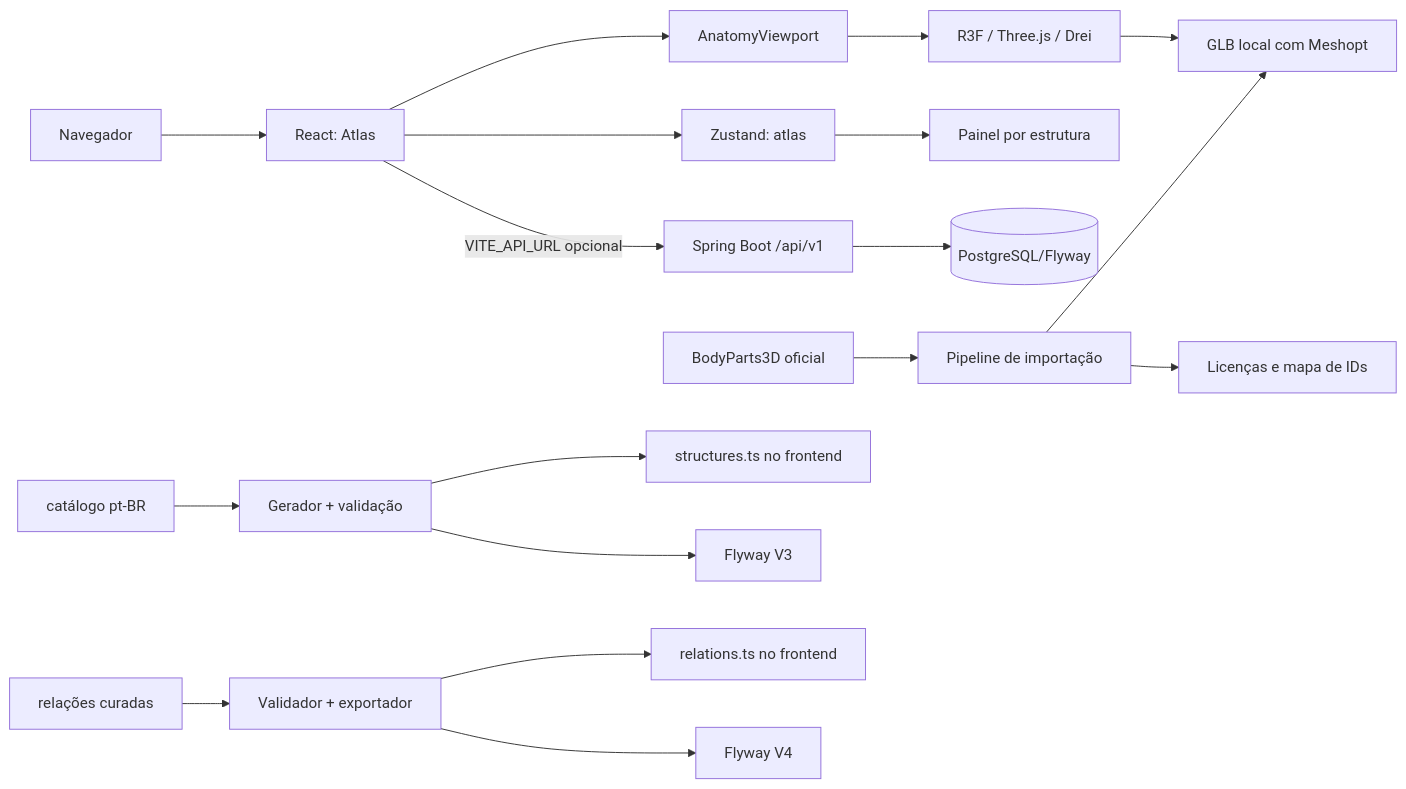
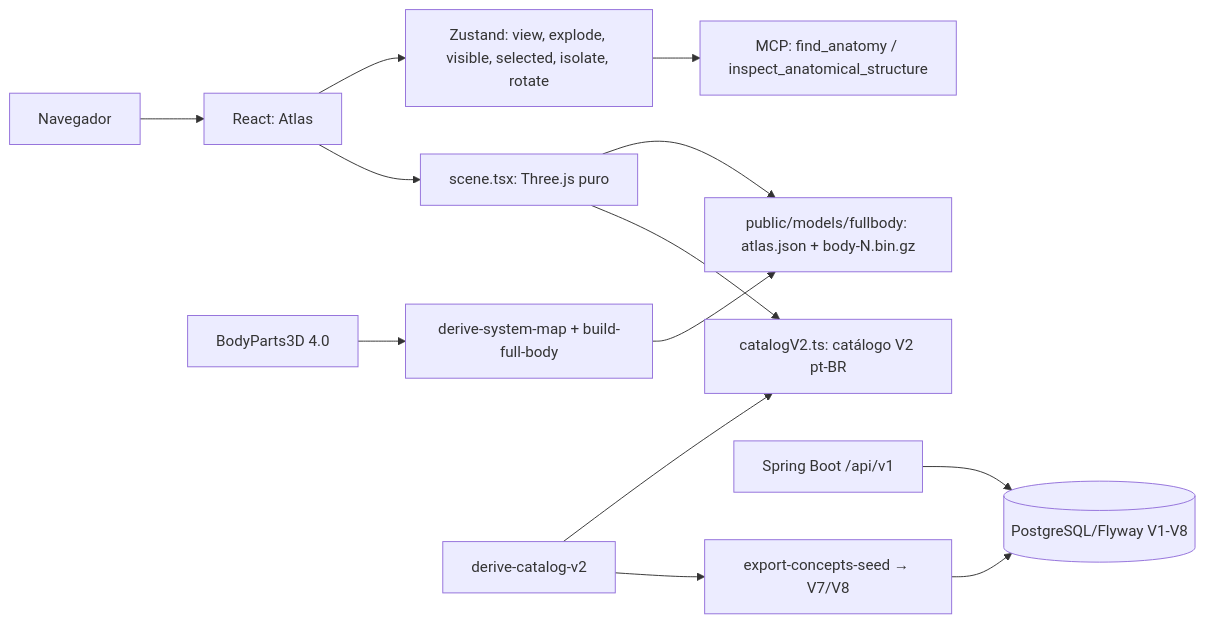
The first of 2 diagrams in README.md (dev-christianmendes/anatomia_humana_3d), drawn with Mermaid before and after one commit. The commit also changed other lines of this file and 10 other files, not shown here.

````diff
--- a/README.md
+++ b/README.md
@@ -269,20 +246,15 @@
 ```mermaid
 flowchart LR
     Browser[Navegador] --> UI[React: Atlas]
-    UI --> Store[Zustand: atlas]
-    UI --> Viewer[AnatomyViewport]
-    Viewer --> Scene[R3F / Three.js / Drei]
-    Scene --> GLB[GLB local com Meshopt]
-    Store --> Panel[Painel por estrutura]
-    UI -->|VITE_API_URL opcional| API[Spring Boot /api/v1]
-    API --> DB[(PostgreSQL/Flyway)]
-    Source[BodyParts3D oficial] --> Import[Pipeline de importação]
-    Import --> GLB
-    Import --> Inventory[Licenças e mapa de IDs]
-    Catalog[catálogo pt-BR] --> Generate[Gerador + validação]
-    Generate --> Sync[structures.ts no frontend]
-    Generate --> Seed[Flyway V3]
-    Relations[relações curadas] --> ValidateR[Validador + exportador]
-    ValidateR --> SyncR[relations.ts no frontend]
-    ValidateR --> SeedR[Flyway V4]
+    UI --> Store[Zustand: view, explode, visible, selected, isolate, rotate]
+    UI --> Scene[scene.tsx: Three.js puro]
+    Scene --> Atlas[public/models/fullbody: atlas.json + body-N.bin.gz]
+    Scene --> CatalogV2[catalogV2.ts: catálogo V2 pt-BR]
+    Store --> MCP[MCP: find_anatomy / inspect_anatomical_structure]
+    API[Spring Boot /api/v1] --> DB[(PostgreSQL/Flyway V1-V8)]
+    Source[BodyParts3D 4.0] --> Derive[derive-system-map + build-full-body]
+    Derive --> Atlas
+    CatalogDerive[derive-catalog-v2] --> CatalogV2
+    CatalogDerive --> Seed[export-concepts-seed → V7/V8]
+    Seed --> DB
 ```
````
